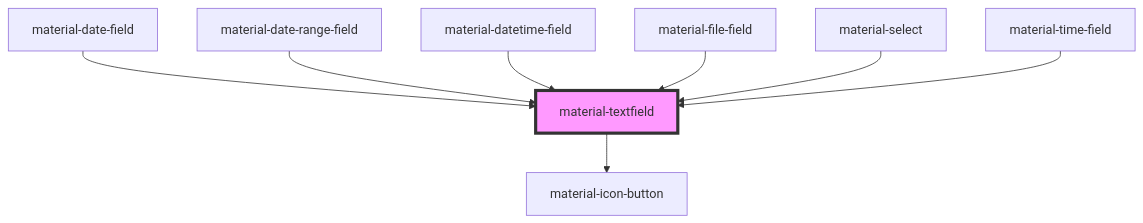
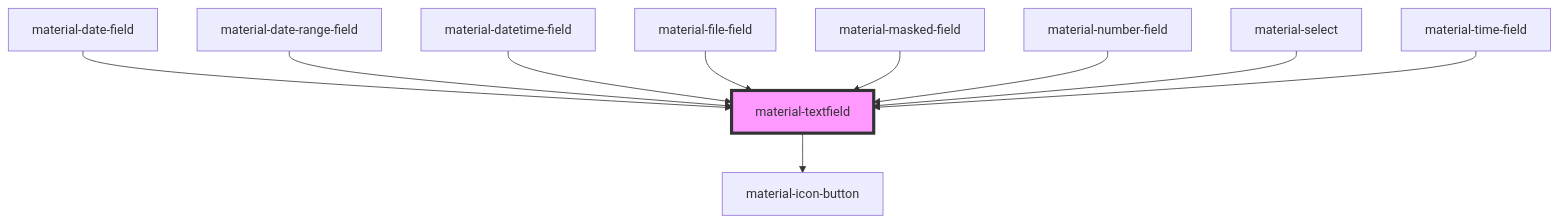
The diagram in src/components/material-textfield/readme.md (RobustaRush/material), drawn with Mermaid before and after one commit. The commit also changed other lines of this file and 35 other files, not shown here.

First line of the commit message:
feat: pagination, number/masked fields, rich-text, breadcrumbs, avatar, command palette + REVIEW.md roadmap

````diff
--- a/src/components/material-textfield/readme.md
+++ b/src/components/material-textfield/readme.md
@@ -59,11 +61,13 @@
 ```mermaid
 graph TD;
   material-textfield --> material-icon-button
   material-date-field --> material-textfield
   material-date-range-field --> material-textfield
   material-datetime-field --> material-textfield
   material-file-field --> material-textfield
+  material-masked-field --> material-textfield
+  material-number-field --> material-textfield
   material-select --> material-textfield
   material-time-field --> material-textfield
   style material-textfield fill:#f9f,stroke:#333,stroke-width:4px
 ```
````
